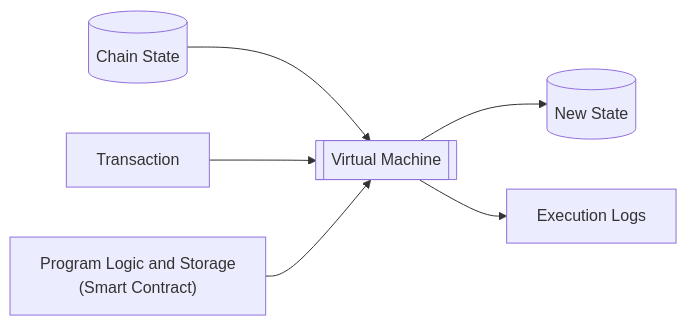
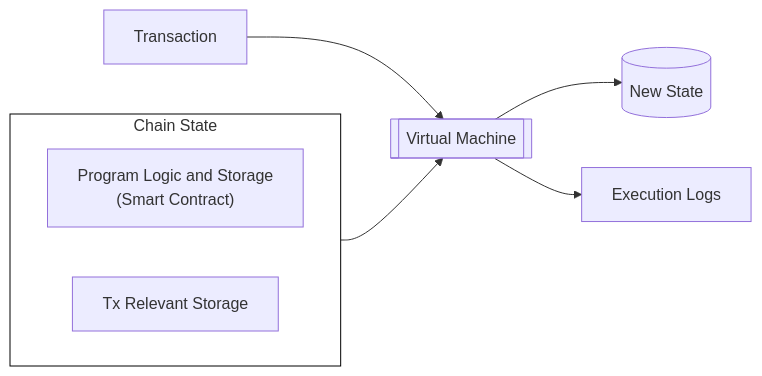
One commit to polkadot-developers/polkadot-docs changed the first of 4 diagrams in develop/smart-contracts/overview.md. Above: the diagram before and after it, drawn with Mermaid. The commit also changed other lines of this file, not shown here.

Commit message:
improve mermaids

````diff
--- a/develop/smart-contracts/overview.md
+++ b/develop/smart-contracts/overview.md
@@ -27,8 +27,13 @@
 ``` mermaid
 flowchart LR
-    A[(Chain State)] --> B[[Virtual Machine]]
-    C[Transaction] --> B
-    D["Program Logic and Storage<br/>(Smart Contract)"] --> B
-    B --> E[(New State)]
-    B --> F[Execution Logs]
+  subgraph A[Chain State]
+    direction LR
+    B["Program Logic and Storage<br/>(Smart Contract)"]
+    C["Tx Relevant Storage"]
+  end
+  A --> D[[Virtual Machine]]
+  E[Transaction] --> D
+  D --> F[(New State)]
+  D --> G[Execution Logs]
+  style A fill:#ffffff,stroke:#000000,stroke-width:1px
 ```
````
